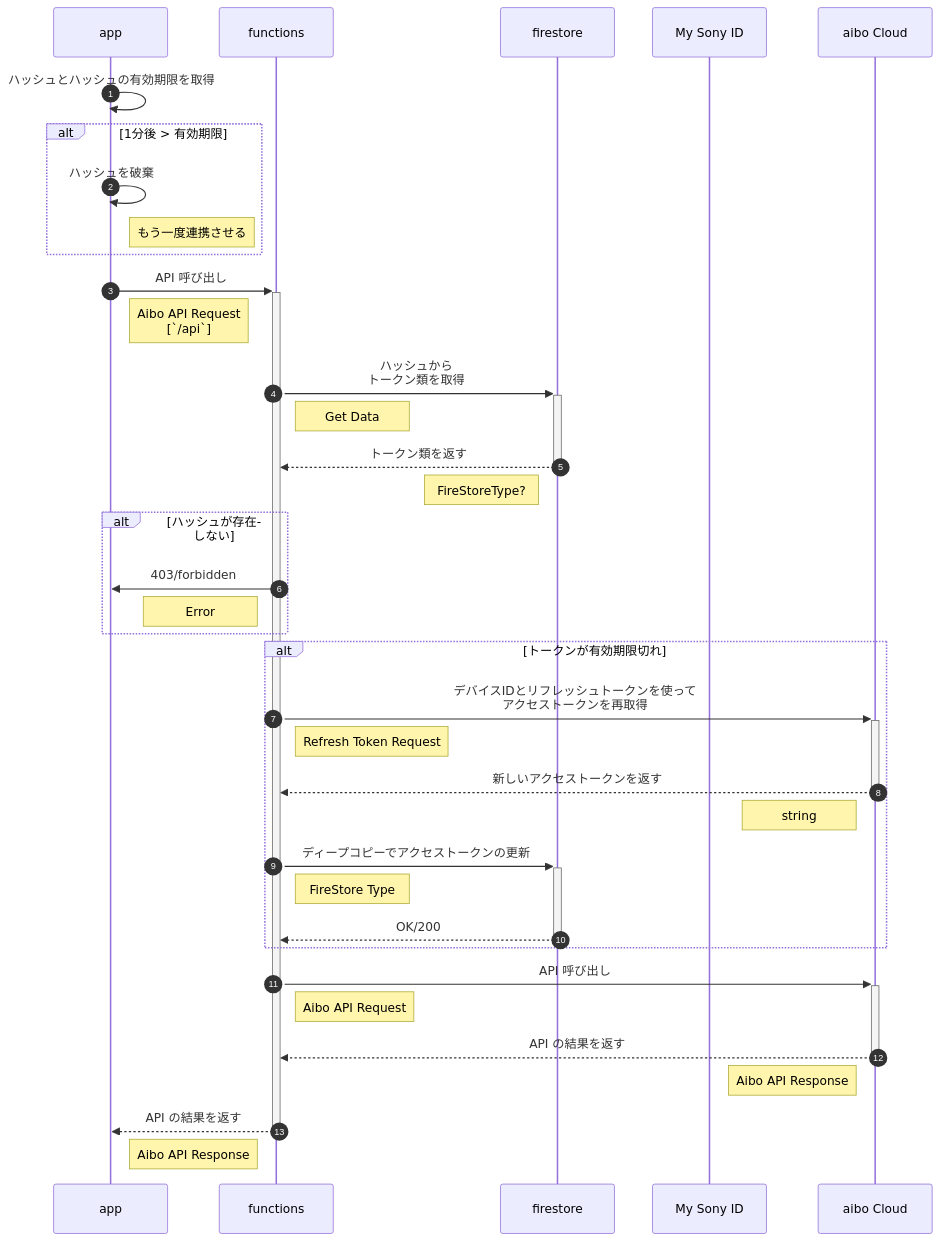
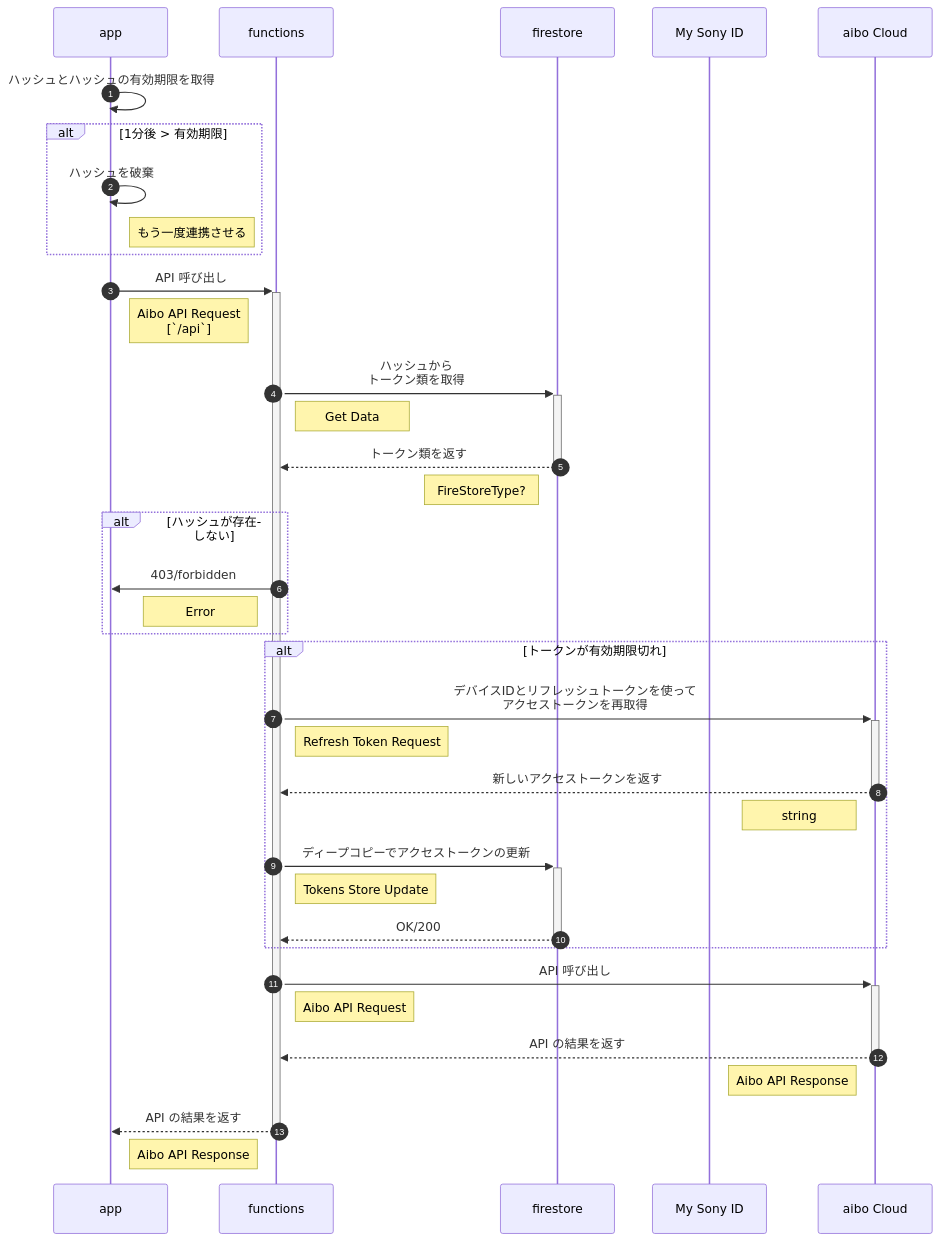
Before and after one commit to misc-org/aibo-de-quiz: the second of 4 diagrams in README.md, drawn with Mermaid. The commit also changed other lines of this file, not shown here.

Commit message:
✨ シーケンス図 たぶん完成

````diff
--- a/README.md
+++ b/README.md
@@ -83,49 +94,49 @@
 ```mermaid
 sequenceDiagram
   autonumber
 	participant app
 	participant functions
 	participant firestore
 	participant My Sony ID
   participant aibo Cloud
 
   app ->> app: ハッシュとハッシュの有効期限を取得
   alt 1分後 > 有効期限
     app ->> app: ハッシュを破棄
     Note right of app: もう一度連携させる
   end
 
   app ->>+ functions: API 呼び出し
   Note right of app: Aibo API Request <br /> [`/api`]
 
   functions ->>+ firestore: ハッシュから <br /> トークン類を取得
   Note right of functions: Get Data
 
   firestore -->>- functions: トークン類を返す
   Note left of firestore: FireStoreType?
 
   alt ハッシュが存在しない
     functions ->> app: 403/forbidden
     Note left of functions: Error
   end
 
   alt トークンが有効期限切れ
     functions ->>+ aibo Cloud: デバイスIDとリフレッシュトークンを使って<br />アクセストークンを再取得
     Note right of functions: Refresh Token Request
 
     aibo Cloud -->>- functions: 新しいアクセストークンを返す
     Note left of aibo Cloud: string
 
     functions ->>+ firestore: ディープコピーでアクセストークンの更新
-    Note right of functions: FireStore Type
+    Note right of functions: Tokens Store Update
     firestore -->>- functions: OK/200
   end
 
   functions ->>+ aibo Cloud: API 呼び出し
   Note right of functions: Aibo API Request
   aibo Cloud -->>- functions: API の結果を返す
   Note left of aibo Cloud: Aibo API Response
 
   functions -->>- app: API の結果を返す
   Note left of functions: Aibo API Response
 ```
````
